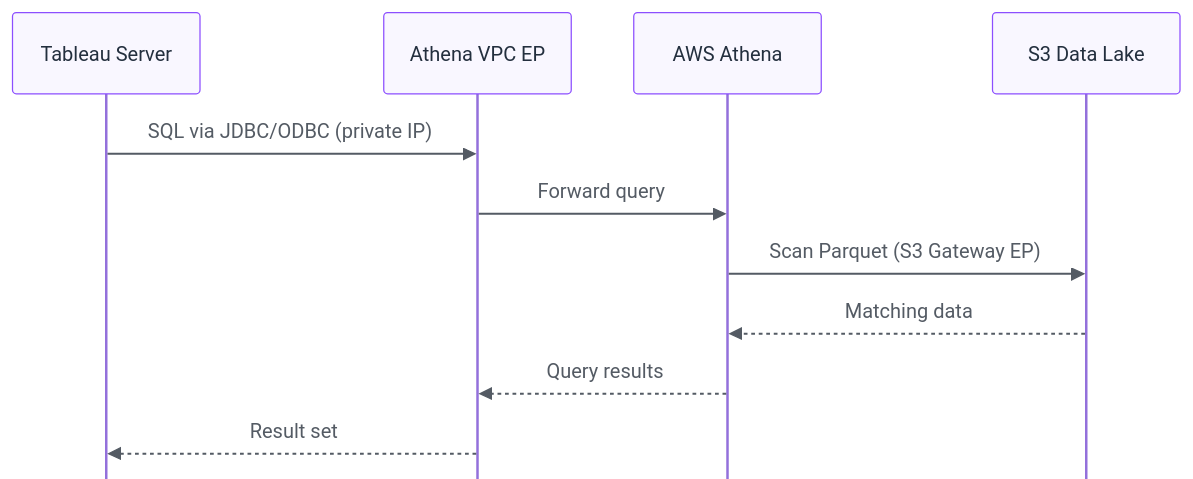
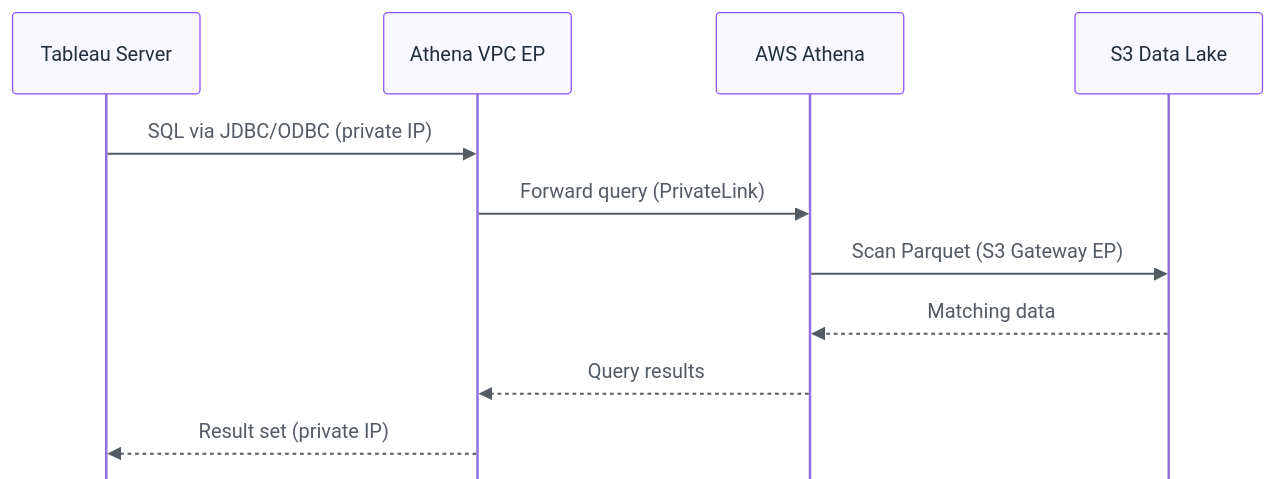
The fourth of 5 diagrams in architecture/ARCHITECTURE.md (jxhnthan/HDB), drawn with Mermaid before and after one commit. The commit also changed other lines of this file and 1 other file, not shown here.

````diff
--- a/architecture/ARCHITECTURE.md
+++ b/architecture/ARCHITECTURE.md
@@ -130,15 +148,15 @@
 ```mermaid
 %%{init: {"sequence": {"mirrorActors": false, "bottomMarginAdj": 0}, "themeVariables": {"actorBorder": "#8c4fff", "actorTextColor": "#232f3e", "actorBkg": "#f9f7ff", "signalColor": "#545b64", "signalTextColor": "#545b64"}}}%%
 sequenceDiagram
     participant T as Tableau Server
     participant AE as Athena VPC EP
     participant A as AWS Athena
     participant S3 as S3 Data Lake
 
     T->>AE: SQL via JDBC/ODBC (private IP)
-    AE->>A: Forward query
+    AE->>A: Forward query (PrivateLink)
     A->>S3: Scan Parquet (S3 Gateway EP)
     S3-->>A: Matching data
     A-->>AE: Query results
-    AE-->>T: Result set
+    AE-->>T: Result set (private IP)
 ```
````
